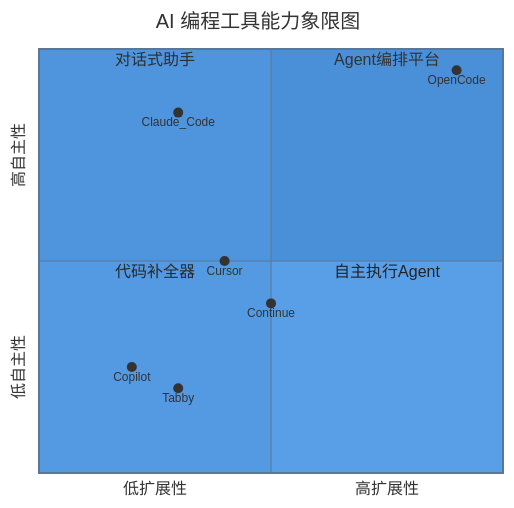
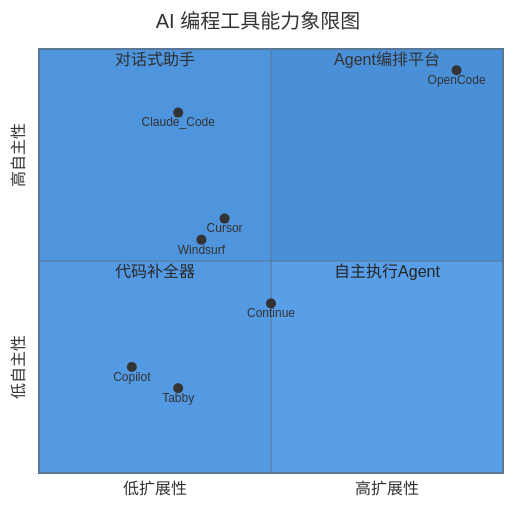
The first of 3 diagrams in src/01-introduction/ecosystem-comparison.md (tonydeng/harness-engineering-from-oc-to-ai-coding), drawn with Mermaid before and after one commit. The commit also changed other lines of this file and 76 other files, not shown here.

````diff
--- a/src/01-introduction/ecosystem-comparison.md
+++ b/src/01-introduction/ecosystem-comparison.md
@@ -126,17 +176,18 @@
 ```mermaid
 %%{init: {'theme': 'base', 'themeVariables': { 'primaryColor': '#4A90D9', 'secondaryColor': '#50C878', 'tertiaryColor': '#FF9F43'}}}%%
 quadrantChart
     title AI 编程工具能力象限图
-    x-axis 低扩展性 --> 高扩展性
-    y-axis 低自主性 --> 高自主性
-    quadrant-1 Agent编排平台
-    quadrant-2 对话式助手
-    quadrant-3 代码补全器
-    quadrant-4 自主执行Agent
+    x-axis "低扩展性" --> "高扩展性"
+     y-axis "低自主性" --> "高自主性"
+    quadrant-1 "Agent编排平台"
+    quadrant-2 "对话式助手"
+    quadrant-3 "代码补全器"
+    quadrant-4 "自主执行Agent"
     OpenCode: [0.9, 0.95]
-    Cursor: [0.4, 0.5]
+    Cursor: [0.4, 0.6]
     Claude_Code: [0.3, 0.85]
     Copilot: [0.2, 0.25]
+    Windsurf: [0.35, 0.55]
     Continue: [0.5, 0.4]
     Tabby: [0.3, 0.2]
 ```
````
